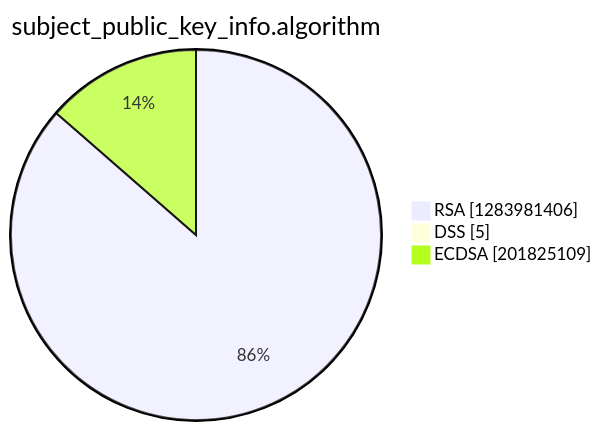
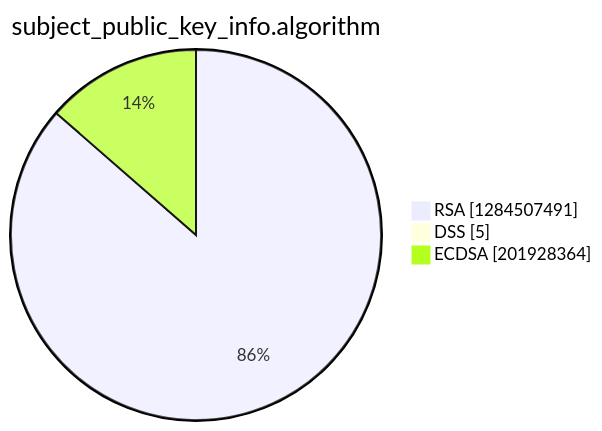
Before and after one commit to christiankrug/ctmonitor_visualization: the third of 15 diagrams in argon2022/README.md, drawn with Mermaid. The commit also changed other lines of this file, not shown here.

````diff
--- a/argon2022/README.md
+++ b/argon2022/README.md
@@ -14,7 +14,7 @@
 ```mermaid
 pie showData
 title subject_public_key_info.algorithm
-"RSA" :1283981406
+"RSA" :1284507491
 "DSS" :5
-"ECDSA" :201825109
+"ECDSA" :201928364
 ```
````
